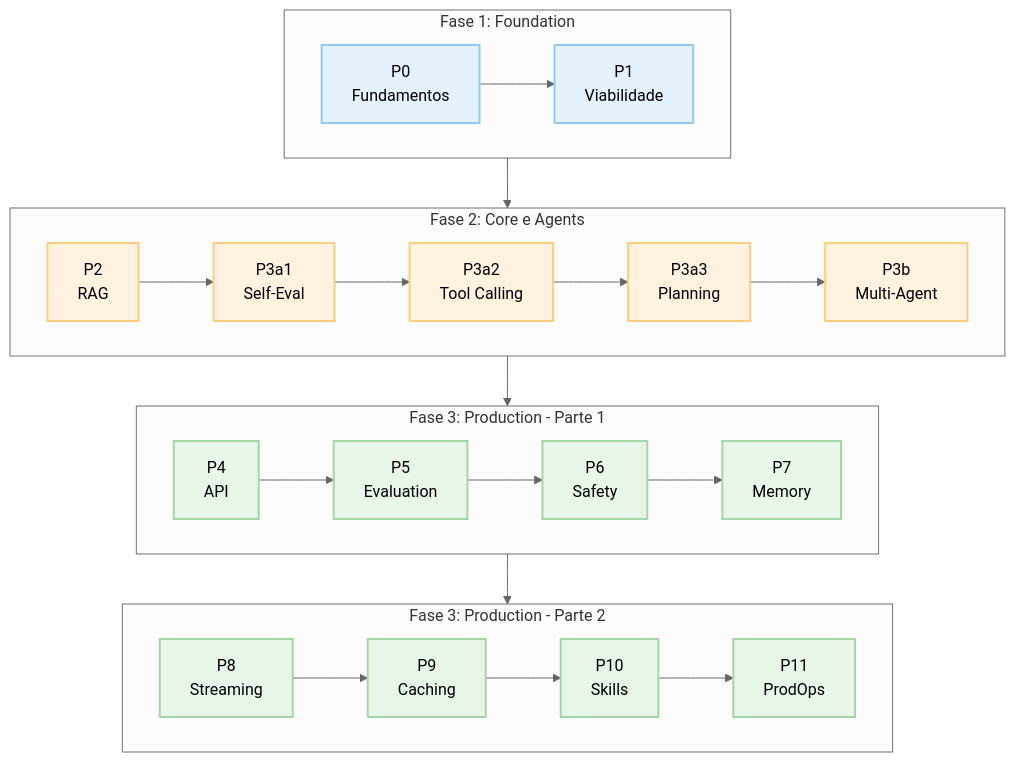
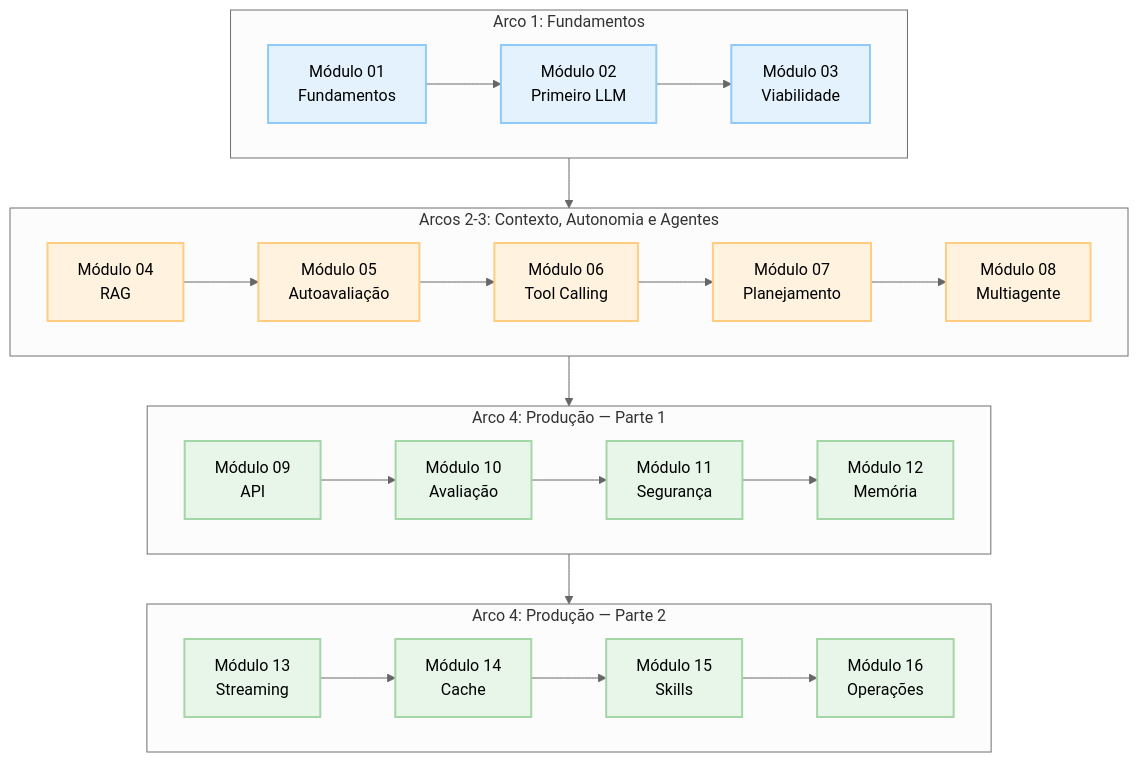
The diagram in FINAL_PROJECT.md (danilogmoura/applied-ai-agents), drawn with Mermaid (neutral theme) before and after one commit. The commit also changed other lines of this file and 11 other files, not shown here.

````diff
--- a/FINAL_PROJECT.md
+++ b/FINAL_PROJECT.md
@@ -9,41 +9,42 @@
 ```mermaid
 graph TD
     classDef foundation fill:#e3f2fd,stroke:#90caf9,color:#000,stroke-width:2px
     classDef core fill:#fff3e0,stroke:#ffcc80,color:#000,stroke-width:2px
     classDef production fill:#e8f5e9,stroke:#a5d6a7,color:#000,stroke-width:2px
 
-    subgraph G1 [Fase 1: Foundation]
+    subgraph G1 [Arco 1: Fundamentos]
         direction LR
-        P0["P0<br/>Fundamentos"] --> P1["P1<br/>Viabilidade"]
+        M01["Módulo 01<br/>Fundamentos"] --> M02["Módulo 02<br/>Primeiro LLM"]
+        M02 --> M03["Módulo 03<br/>Viabilidade"]
     end
 
-    subgraph G2 [Fase 2: Core e Agents]
+    subgraph G2 [Arcos 2-3: Contexto, Autonomia e Agentes]
         direction LR
-        P2["P2<br/>RAG"] --> P3a1["P3a1<br/>Self-Eval"]
-        P3a1 --> P3a2["P3a2<br/>Tool Calling"]
-        P3a2 --> P3a3["P3a3<br/>Planning"]
-        P3a3 --> P3b["P3b<br/>Multi-Agent"]
+        M04["Módulo 04<br/>RAG"] --> M05["Módulo 05<br/>Autoavaliação"]
+        M05 --> M06["Módulo 06<br/>Tool Calling"]
+        M06 --> M07["Módulo 07<br/>Planejamento"]
+        M07 --> M08["Módulo 08<br/>Multiagente"]
     end
 
-    subgraph G3 [Fase 3: Production - Parte 1]
+    subgraph G3 [Arco 4: Produção — Parte 1]
         direction LR
-        P4["P4<br/>API"] --> P5["P5<br/>Evaluation"]
-        P5 --> P6["P6<br/>Safety"]
-        P6 --> P7["P7<br/>Memory"]
+        M09["Módulo 09<br/>API"] --> M10["Módulo 10<br/>Avaliação"]
+        M10 --> M11["Módulo 11<br/>Segurança"]
+        M11 --> M12["Módulo 12<br/>Memória"]
     end
 
-    subgraph G4 [Fase 3: Production - Parte 2]
+    subgraph G4 [Arco 4: Produção — Parte 2]
         direction LR
-        P8["P8<br/>Streaming"] --> P9["P9<br/>Caching"]
-        P9 --> P10["P10<br/>Skills"]
-        P10 --> P11["P11<br/>ProdOps"]
+        M13["Módulo 13<br/>Streaming"] --> M14["Módulo 14<br/>Cache"]
+        M14 --> M15["Módulo 15<br/>Skills"]
+        M15 --> M16["Módulo 16<br/>Operações"]
     end
 
-    P1 --> P2
-    P3b --> P4
-    P7 --> P8
+    M03 --> M04
+    M08 --> M09
+    M12 --> M13
 
-    class P0,P1 foundation
-    class P2,P3a1,P3a2,P3a3,P3b core
-    class P4,P5,P6,P7,P8,P9,P10,P11 production
+    class M01,M02,M03 foundation
+    class M04,M05,M06,M07,M08 core
+    class M09,M10,M11,M12,M13,M14,M15,M16 production
 ```
````
